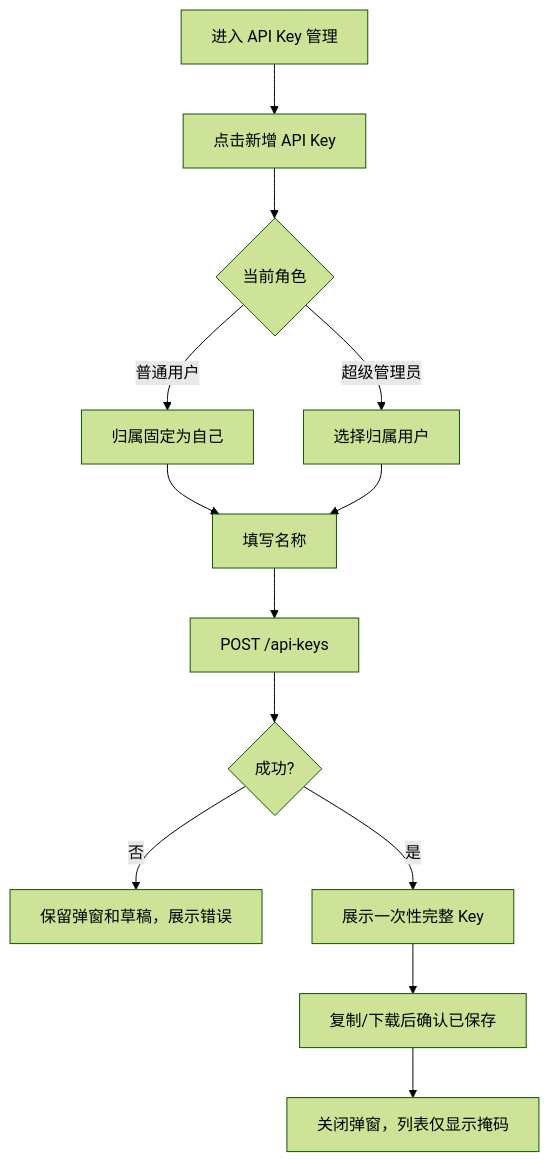
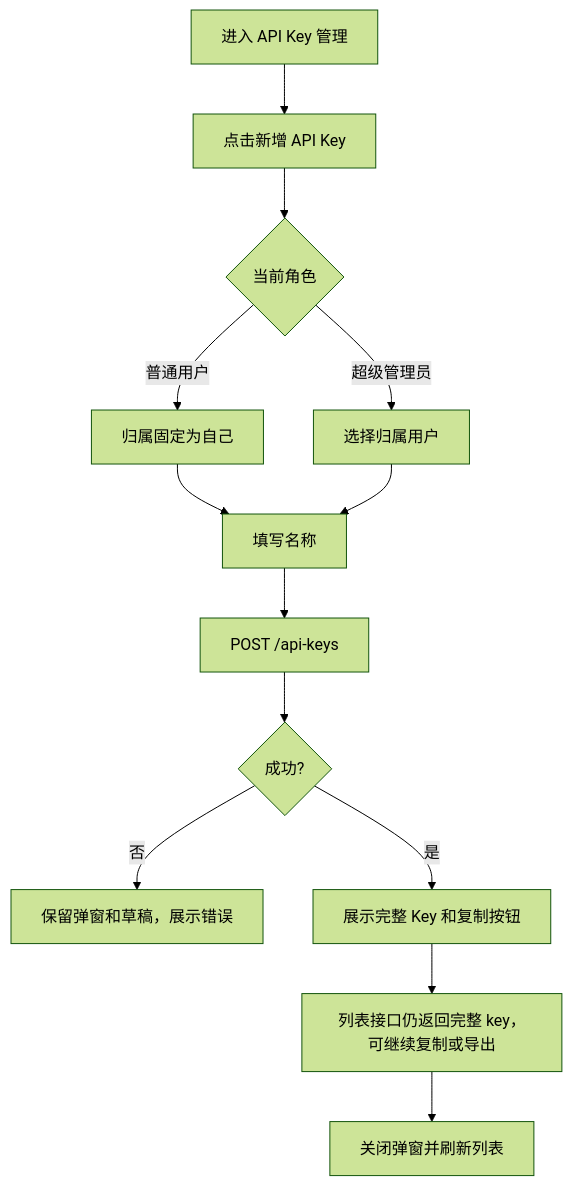
One commit to shL1481558059/OpenCodex changed the third of 3 diagrams in prd/02-users-and-permissions.md. Above: the diagram before and after it, drawn with Mermaid (forest theme). The commit also changed other lines of this file and 21 other files, not shown here.

````diff
--- a/prd/02-users-and-permissions.md
+++ b/prd/02-users-and-permissions.md
@@ -312,15 +320,15 @@
 ```mermaid
 flowchart TD
     A[进入 API Key 管理] --> B[点击新增 API Key]
     B --> C{当前角色}
     C -- 普通用户 --> D[归属固定为自己]
     C -- 超级管理员 --> E[选择归属用户]
     D --> F[填写名称]
     E --> F
     F --> G[POST /api-keys]
     G --> H{成功?}
     H -- 否 --> I[保留弹窗和草稿，展示错误]
-    H -- 是 --> J[展示一次性完整 Key]
-    J --> K[复制/下载后确认已保存]
-    K --> L[关闭弹窗，列表仅显示掩码]
+    H -- 是 --> J[展示完整 Key 和复制按钮]
+    J --> K[列表接口仍返回完整 key，可继续复制或导出]
+    K --> L[关闭弹窗并刷新列表]
 ```
````
